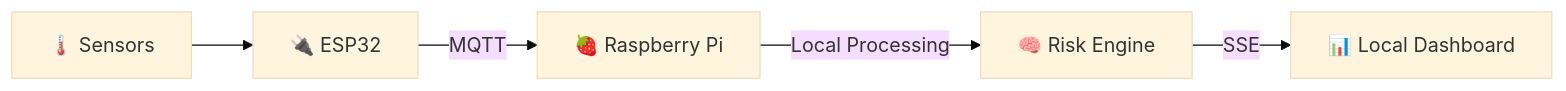
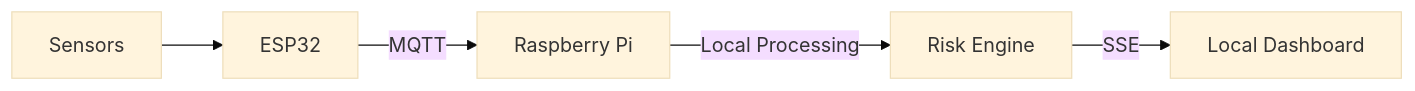
Before and after one commit to NilimKr/JeevOne: the diagram in README.md, drawn with Mermaid (base theme). The commit also changed other lines of this file, not shown here.

````diff
--- a/README.md
+++ b/README.md
@@ -18,7 +19,7 @@
 ```mermaid
 graph LR
-    A[🌡️ Sensors] --> B[🔌 ESP32]
-    B -->|MQTT| C[🍓 Raspberry Pi]
-    C -->|Local Processing| D[🧠 Risk Engine]
-    D -->|SSE| E[📊 Local Dashboard]
+    A[Sensors] --> B[ESP32]
+    B -->|MQTT| C[Raspberry Pi]
+    C -->|Local Processing| D[Risk Engine]
+    D -->|SSE| E[Local Dashboard]
 ```
````
